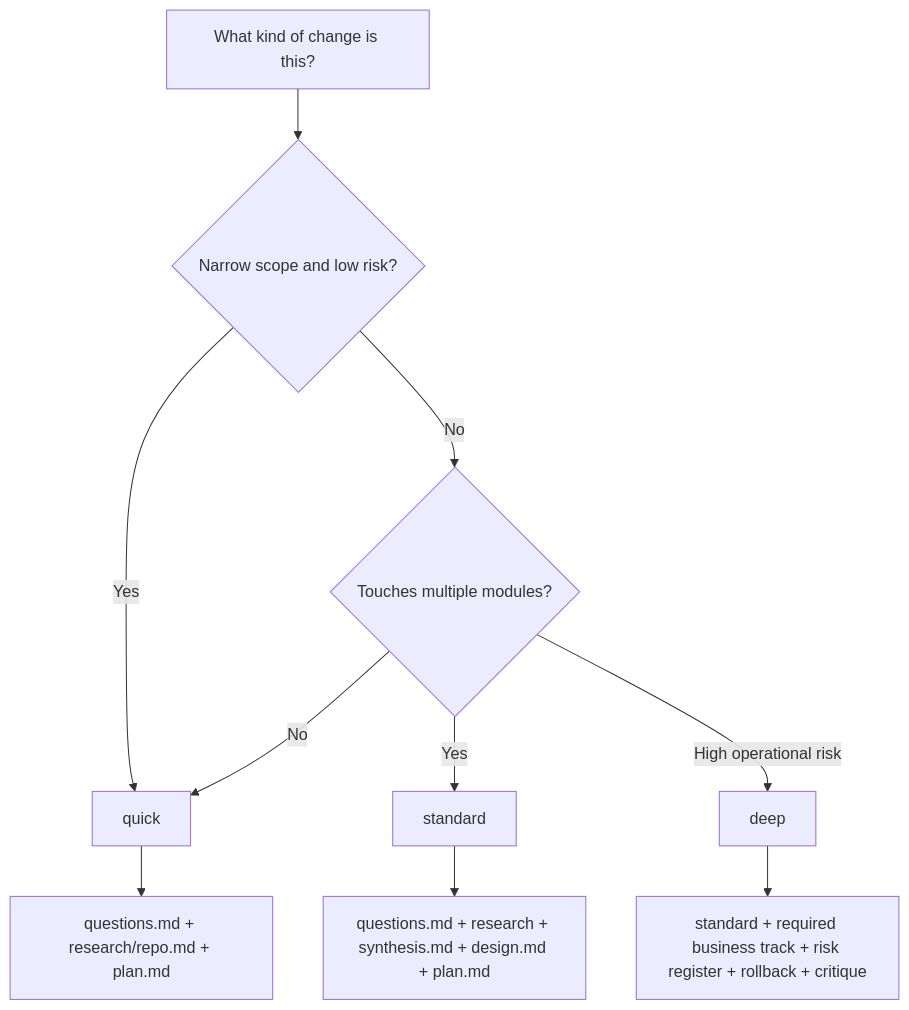
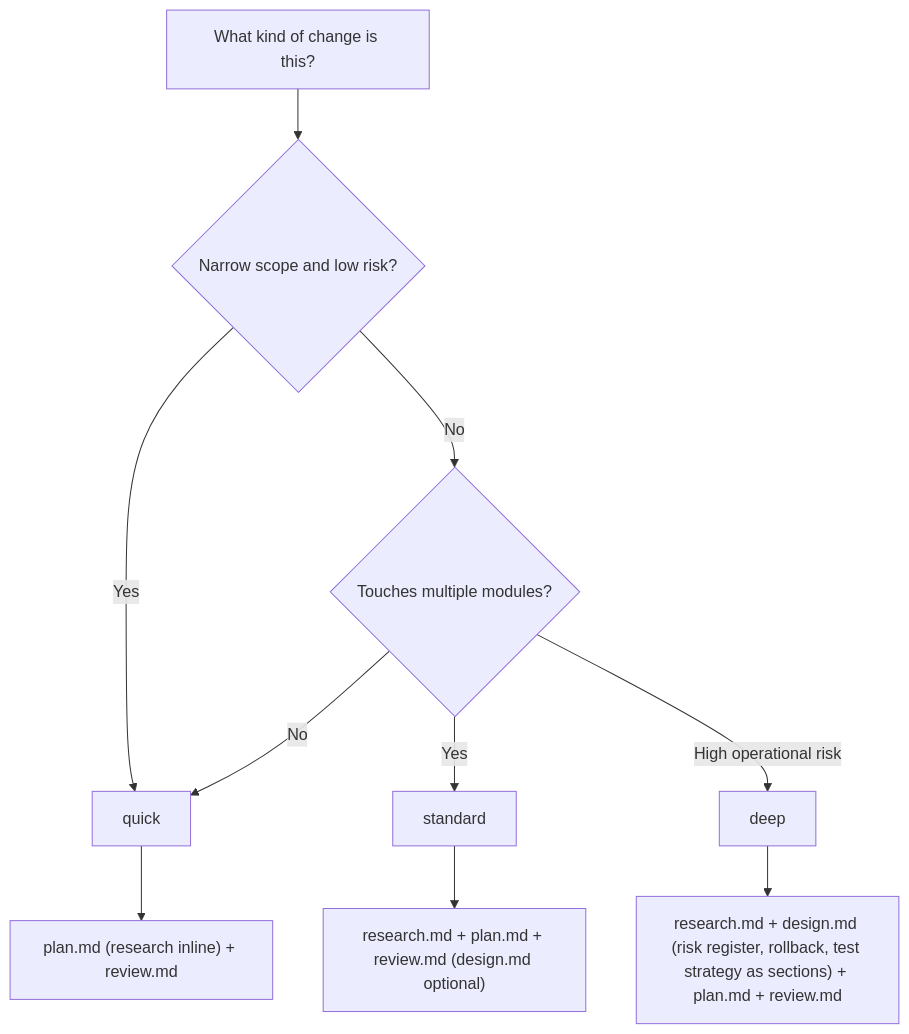
Diagram 12 of 17 in atelier-kit-manifesto.md (atelier-kit/atelier-kit), drawn with Mermaid before and after one commit. The commit also changed other lines of this file and 39 other files, not shown here.

````diff
--- a/atelier-kit-manifesto.md
+++ b/atelier-kit-manifesto.md
@@ -379,15 +374,15 @@
 ```mermaid
 flowchart TD
     Start[What kind of change is this?]
 
     Start --> Q{Narrow scope and low risk?}
     Q -->|Yes| Quick[quick]
     Q -->|No| S{Touches multiple modules?}
     S -->|Yes| Standard[standard]
     S -->|No| Quick
     S -->|High operational risk| Deep[deep]
 
-    Quick --> QA[questions.md + research/repo.md + plan.md]
-    Standard --> SA[questions.md + research + synthesis.md + design.md + plan.md]
-    Deep --> DA[standard + required business track + risk register + rollback + critique]
+    Quick --> QA["plan.md (research inline) + review.md"]
+    Standard --> SA["research.md + plan.md + review.md (design.md optional)"]
+    Deep --> DA["research.md + design.md (risk register, rollback, test strategy as sections) + plan.md + review.md"]
 ```
````
